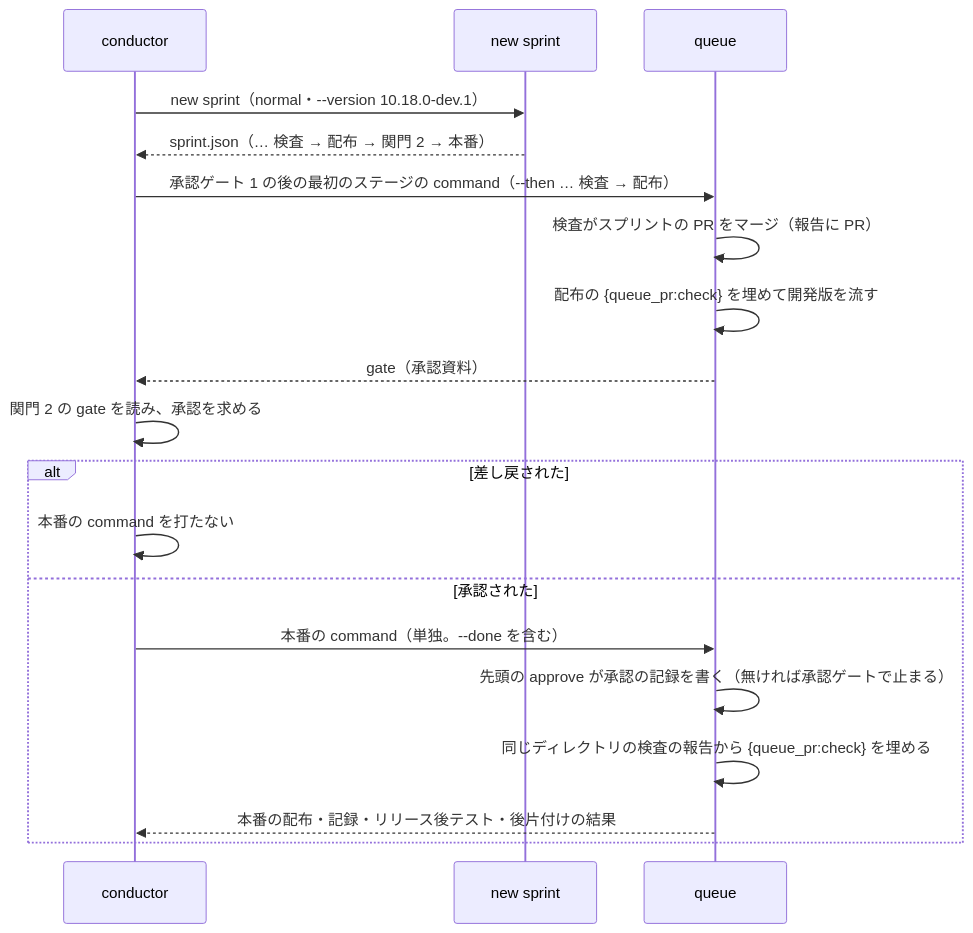
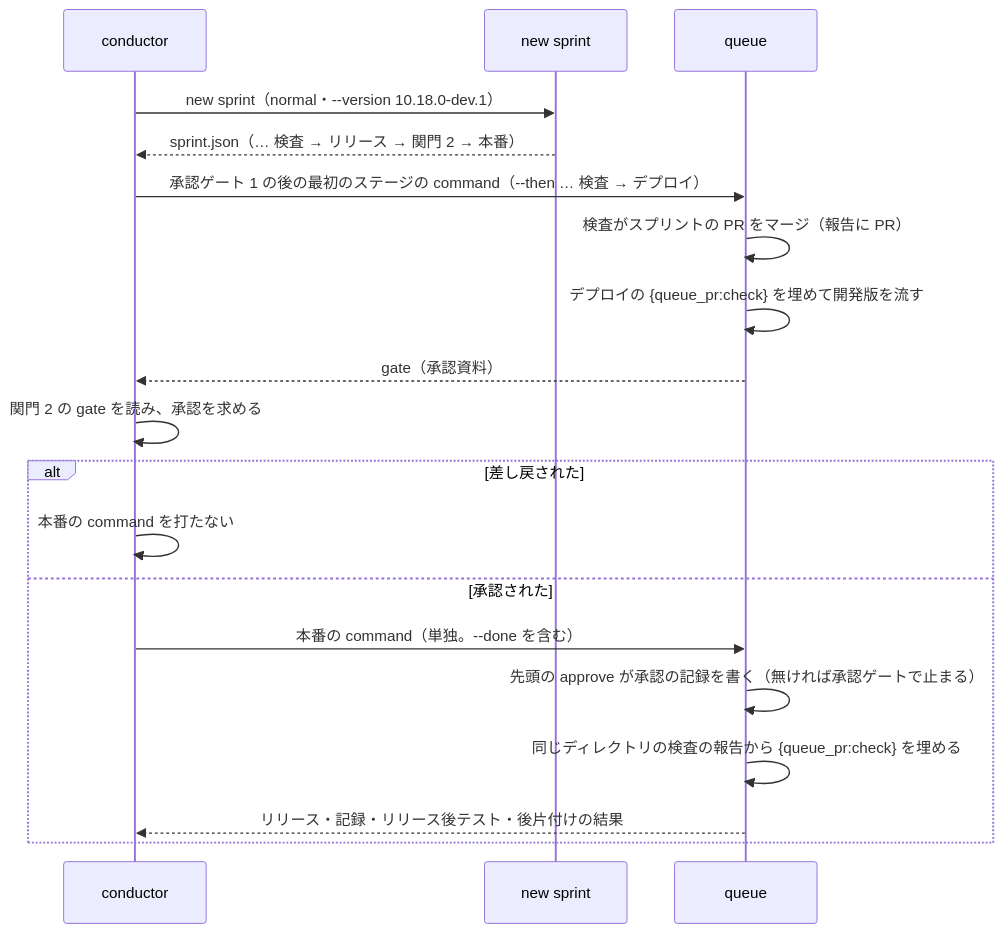
One commit to devbasex/ai-plugins changed the second of 2 diagrams in docs/specifications/ndf-production-release-record.md. Above: the diagram before and after it, drawn with Mermaid. The commit also changed other lines of this file and 79 other files, not shown here.

````diff
--- a/docs/specifications/ndf-production-release-record.md
+++ b/docs/specifications/ndf-production-release-record.md
@@ -284,21 +284,21 @@
 ```mermaid
 sequenceDiagram
     participant C as conductor
     participant S as new sprint
     participant Q as queue
     C->>S: new sprint（normal・--version 10.18.0-dev.1）
-    S-->>C: sprint.json（… 検査 → 配布 → 関門 2 → 本番）
-    C->>Q: 承認ゲート 1 の後の最初のステージの command（--then … 検査 → 配布）
+    S-->>C: sprint.json（… 検査 → リリース → 関門 2 → 本番）
+    C->>Q: 承認ゲート 1 の後の最初のステージの command（--then … 検査 → デプロイ）
     Q->>Q: 検査がスプリントの PR をマージ（報告に PR）
-    Q->>Q: 配布の {queue_pr:check} を埋めて開発版を流す
+    Q->>Q: デプロイの {queue_pr:check} を埋めて開発版を流す
     Q-->>C: gate（承認資料）
     C->>C: 関門 2 の gate を読み、承認を求める
     alt 差し戻された
         C->>C: 本番の command を打たない
     else 承認された
         C->>Q: 本番の command（単独。--done を含む）
         Q->>Q: 先頭の approve が承認の記録を書く（無ければ承認ゲートで止まる）
         Q->>Q: 同じディレクトリの検査の報告から {queue_pr:check} を埋める
-        Q-->>C: 本番の配布・記録・リリース後テスト・後片付けの結果
+        Q-->>C: リリース・記録・リリース後テスト・後片付けの結果
     end
 ```
````
